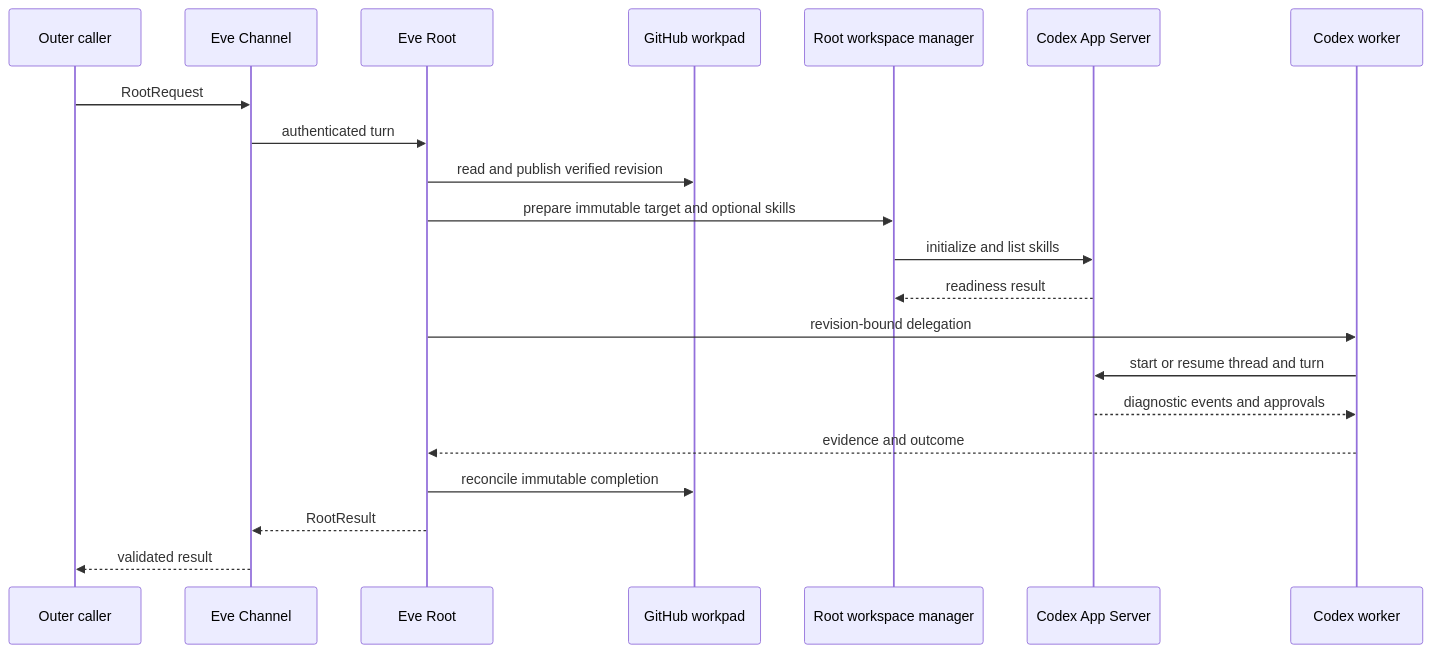
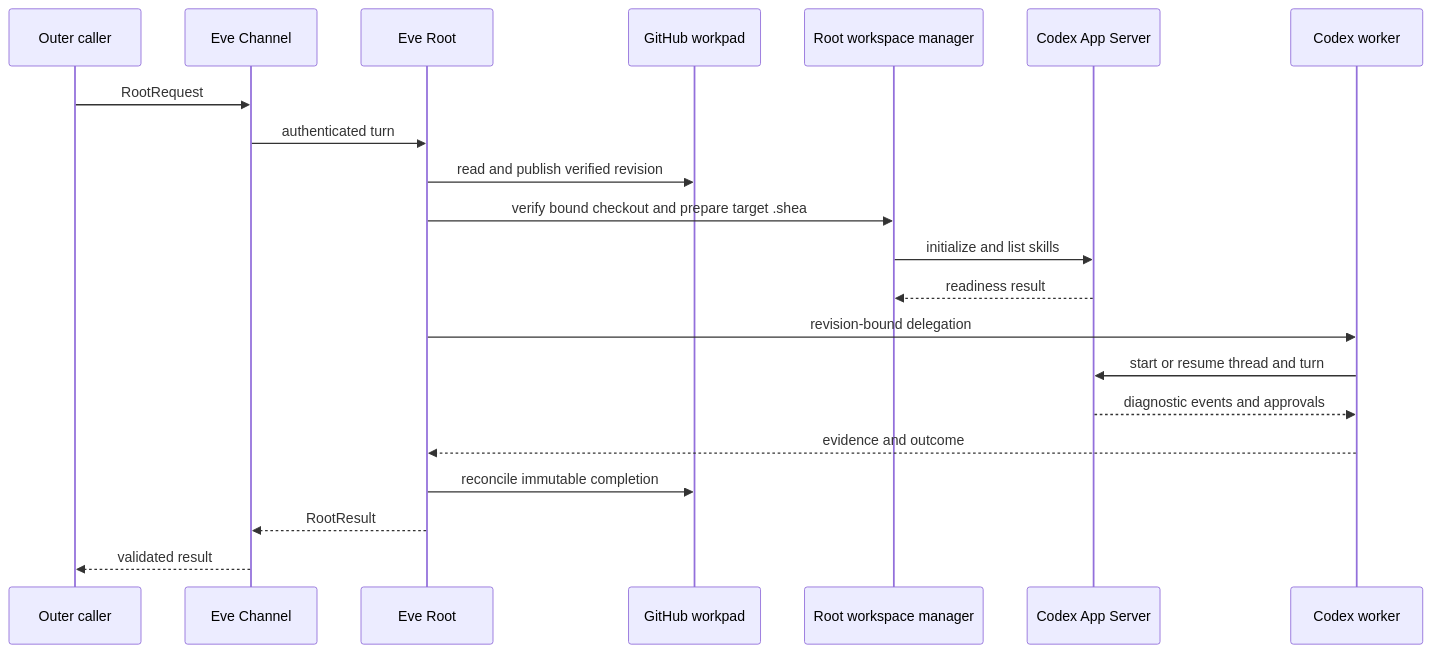
Before and after one commit to Alive24/FailureReport: the diagram in openwiki/architecture/overview.md, drawn with Mermaid. The commit also changed other lines of this file and 15 other files, not shown here.

````diff
--- a/openwiki/architecture/overview.md
+++ b/openwiki/architecture/overview.md
@@ -26,24 +26,24 @@
 ```mermaid
 sequenceDiagram
   participant Caller as Outer caller
   participant Channel as Eve Channel
   participant Root as Eve Root
   participant Issue as GitHub workpad
   participant Workspace as Root workspace manager
   participant AppServer as Codex App Server
   participant Worker as Codex worker
 
   Caller->>Channel: RootRequest
   Channel->>Root: authenticated turn
   Root->>Issue: read and publish verified revision
-  Root->>Workspace: prepare immutable target and optional skills
+  Root->>Workspace: verify bound checkout and prepare target .shea
   Workspace->>AppServer: initialize and list skills
   AppServer-->>Workspace: readiness result
   Root->>Worker: revision-bound delegation
   Worker->>AppServer: start or resume thread and turn
   AppServer-->>Worker: diagnostic events and approvals
   Worker-->>Root: evidence and outcome
   Root->>Issue: reconcile immutable completion
   Root-->>Channel: RootResult
   Channel-->>Caller: validated result
 ```
````
